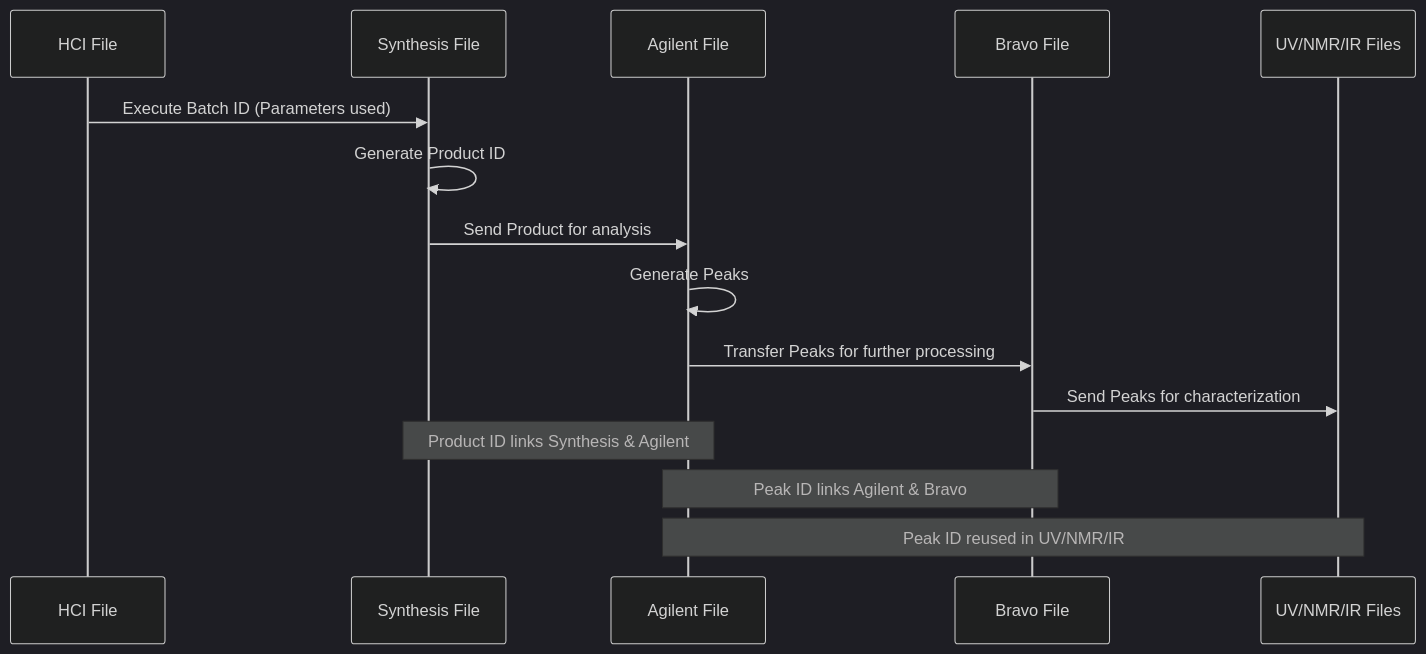
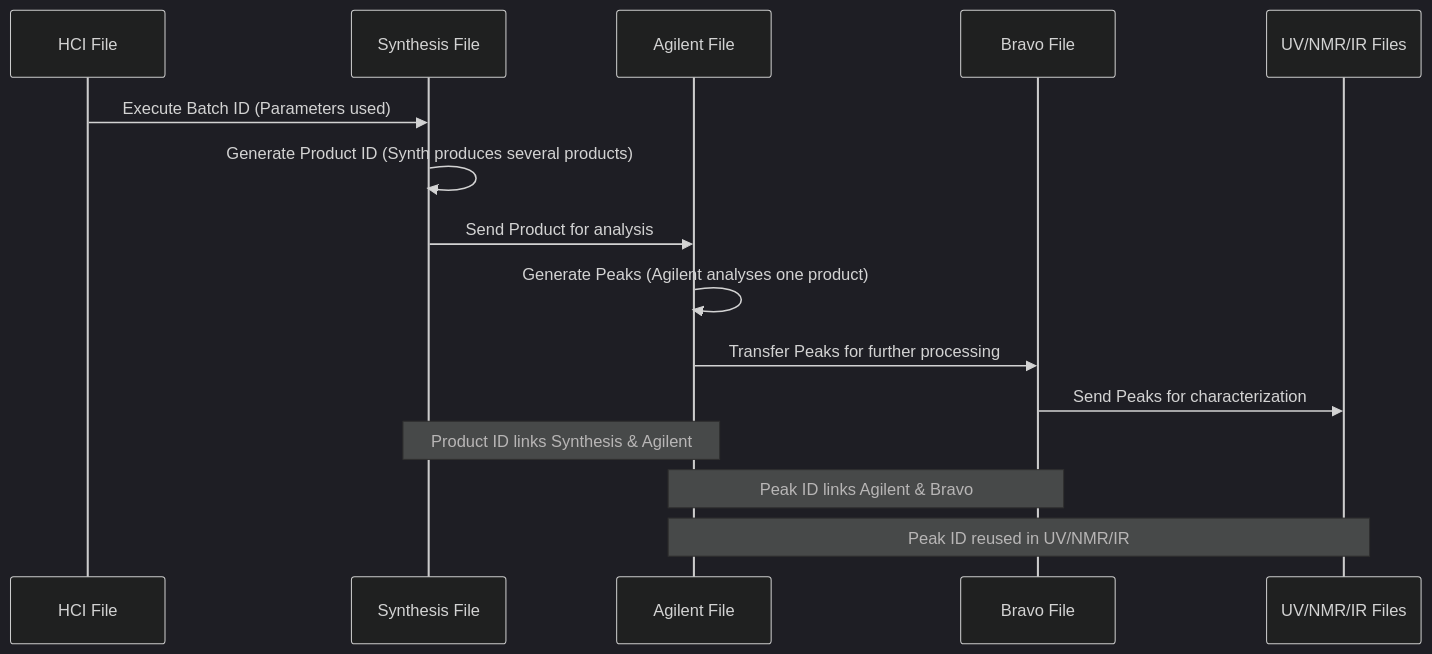
The diagram in docs/data-linkage.md (swisscatplus/catplus-docs), drawn with Mermaid (dark theme) before and after one commit.

Commit message:
chore: data linkage product specifications

````diff
--- a/docs/data-linkage.md
+++ b/docs/data-linkage.md
@@ -1,19 +1,19 @@
 ```mermaid
 sequenceDiagram
     participant HCI as HCI File
     participant Synth as Synthesis File
     participant Agilent as Agilent File
     participant Bravo as Bravo File
     participant Spectro as UV/NMR/IR Files
 
     HCI->>Synth: Execute Batch ID (Parameters used)
-    Synth->>Synth: Generate Product ID
-    Synth->>Agilent: Send Product for analysis
-    Agilent->>Agilent: Generate Peaks
+    Synth->>Synth: Generate Product ID (Synth produces several products)
+    Synth->>Agilent: Send Product for analysis 
+    Agilent->>Agilent: Generate Peaks (Agilent analyses one product)
     Agilent->>Bravo: Transfer Peaks for further processing
     Bravo->>Spectro: Send Peaks for characterization
 
     Note over Synth,Agilent: Product ID links Synthesis & Agilent
     Note over Agilent,Bravo: Peak ID links Agilent & Bravo
     Note over Agilent,Spectro: Peak ID reused in UV/NMR/IR
 ```
````
